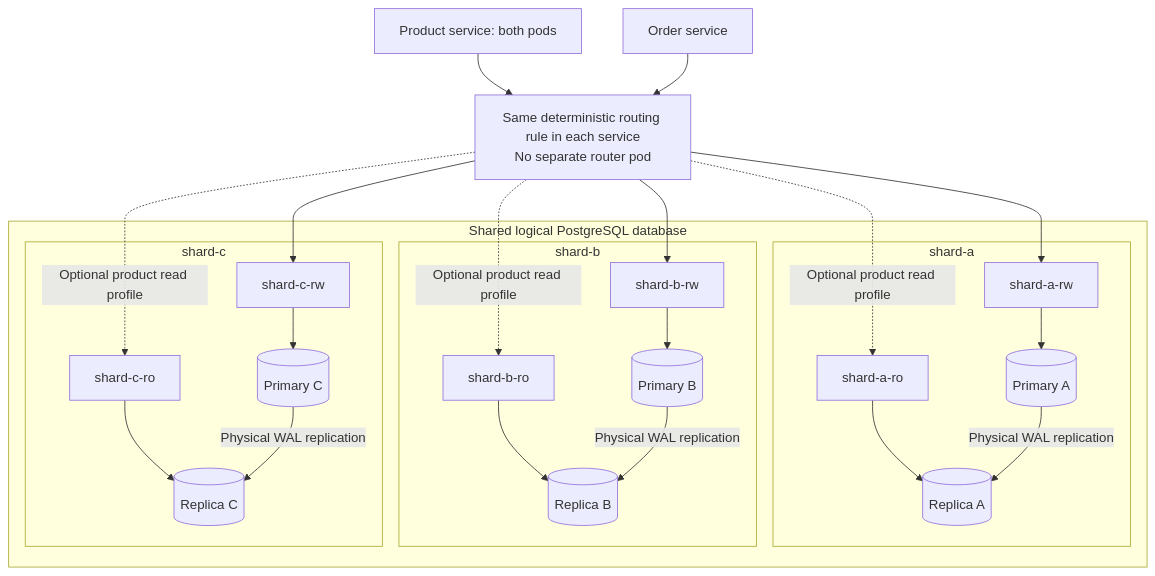
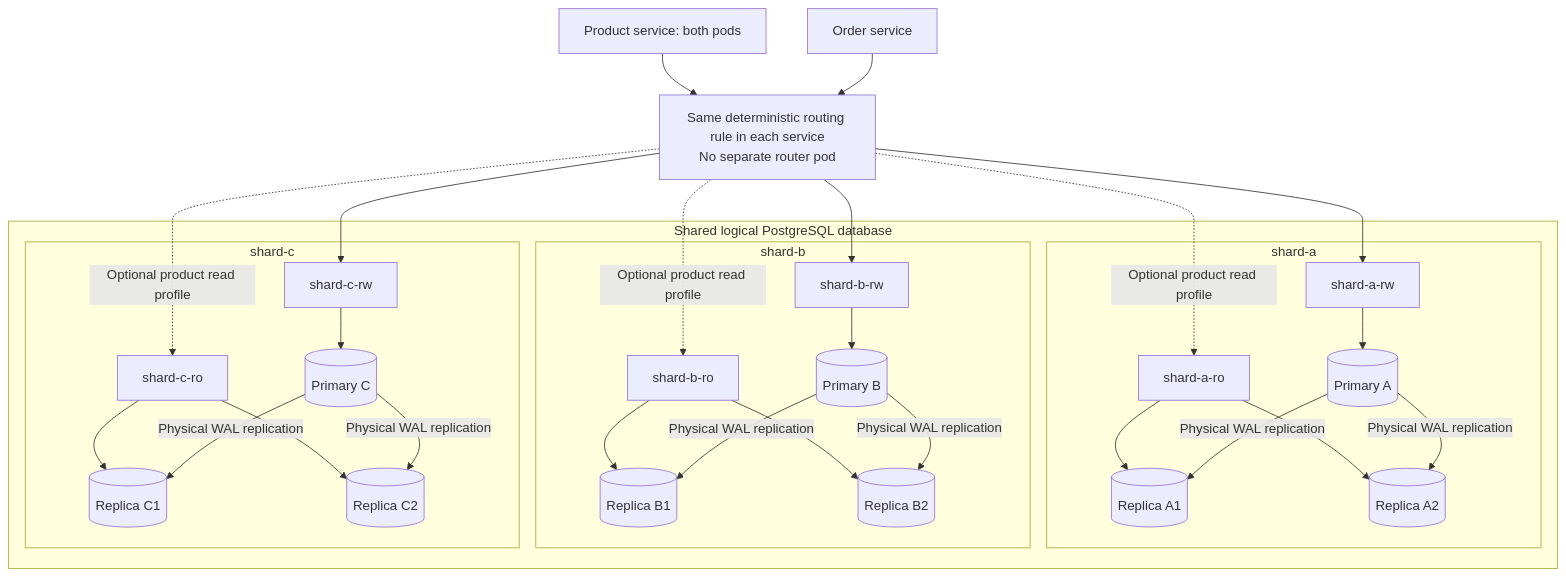
One commit to nklip/JavaCraft changed the second of 7 diagrams in microservices/shardshop/ARCHITECTURE.md. Above: the diagram before and after it, drawn with Mermaid. The commit also changed other lines of this file and 6 other files, not shown here.

````diff
--- a/microservices/shardshop/ARCHITECTURE.md
+++ b/microservices/shardshop/ARCHITECTURE.md
@@ -186,33 +201,39 @@
 ```mermaid
 flowchart TB
     P["Product service: both pods"]
     O["Order service"]
     ROUTE["Same deterministic routing rule in each service<br/>No separate router pod"]
     P --> ROUTE
     O --> ROUTE
 
     subgraph SHARED["Shared logical PostgreSQL database"]
         subgraph A["shard-a"]
             ARW["shard-a-rw"] --> AP[("Primary A")]
-            ARO["shard-a-ro"] --> AS[("Replica A")]
-            AP -->|"Physical WAL replication"| AS
+            ARO["shard-a-ro"] --> AS1[("Replica A1")]
+            ARO --> AS2[("Replica A2")]
+            AP -->|"Physical WAL replication"| AS1
+            AP -->|"Physical WAL replication"| AS2
         end
         subgraph B["shard-b"]
             BRW["shard-b-rw"] --> BP[("Primary B")]
-            BRO["shard-b-ro"] --> BS[("Replica B")]
-            BP -->|"Physical WAL replication"| BS
+            BRO["shard-b-ro"] --> BS1[("Replica B1")]
+            BRO --> BS2[("Replica B2")]
+            BP -->|"Physical WAL replication"| BS1
+            BP -->|"Physical WAL replication"| BS2
         end
         subgraph C["shard-c"]
             CRW["shard-c-rw"] --> CP[("Primary C")]
-            CRO["shard-c-ro"] --> CS[("Replica C")]
-            CP -->|"Physical WAL replication"| CS
+            CRO["shard-c-ro"] --> CS1[("Replica C1")]
+            CRO --> CS2[("Replica C2")]
+            CP -->|"Physical WAL replication"| CS1
+            CP -->|"Physical WAL replication"| CS2
         end
     end
 
     ROUTE --> ARW
     ROUTE --> BRW
     ROUTE --> CRW
     ROUTE -. "Optional product read profile" .-> ARO
     ROUTE -. "Optional product read profile" .-> BRO
     ROUTE -. "Optional product read profile" .-> CRO
 ```
````
